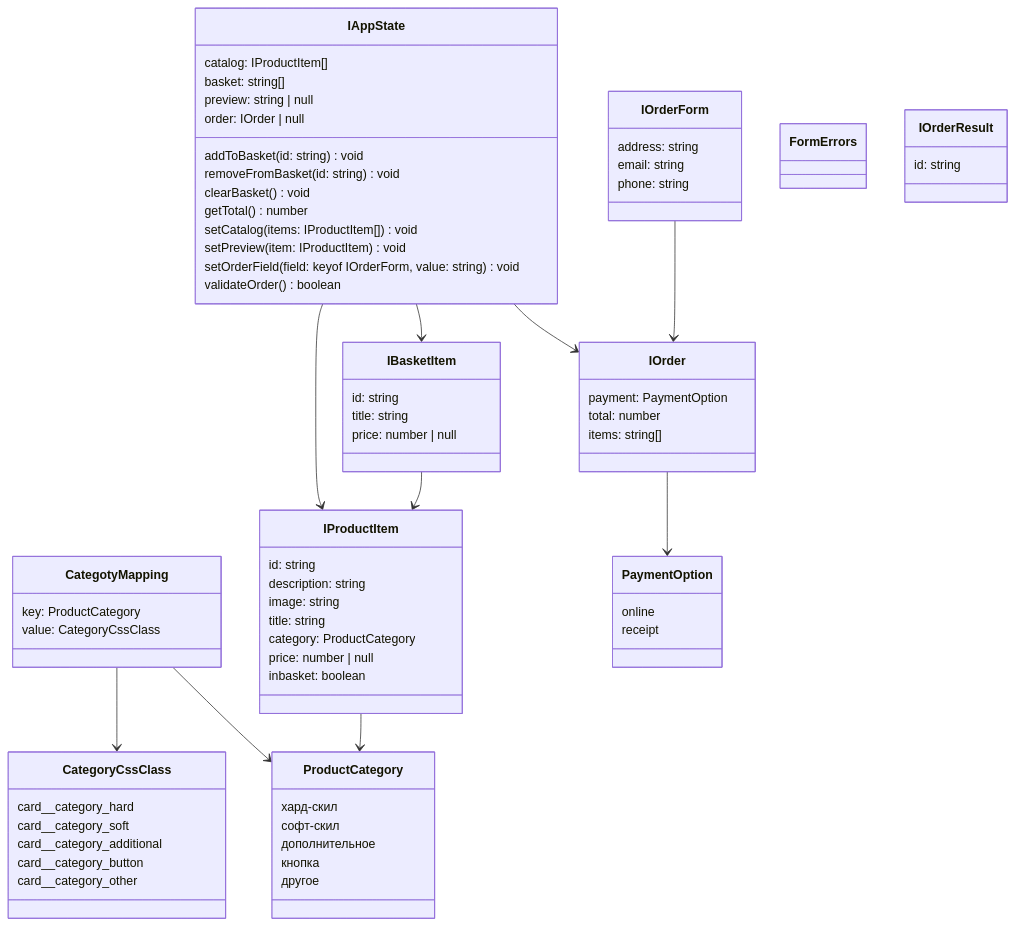
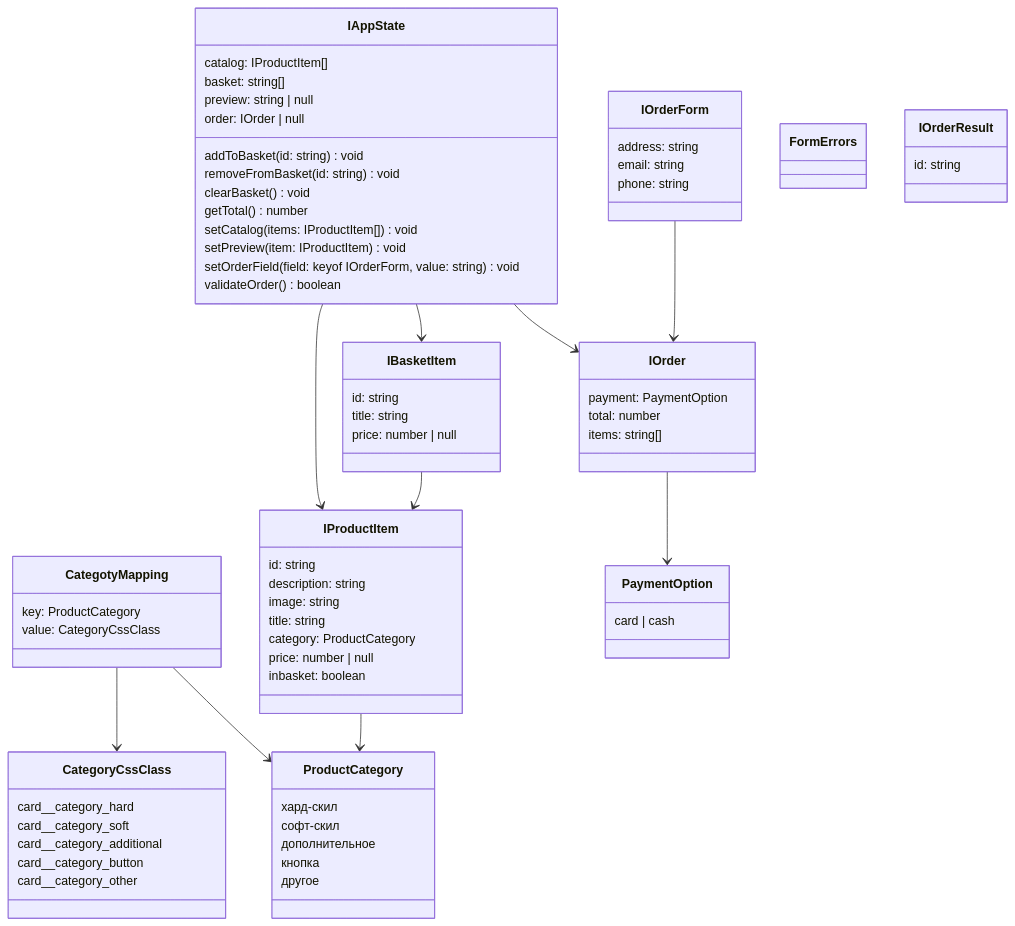
One commit to yurydzal/web-larek-frontend changed the diagram in README.md. Above: the diagram before and after it, drawn with Mermaid. The commit also changed other lines of this file and 7 other files, not shown here.

````diff
--- a/README.md
+++ b/README.md
@@ -47,77 +51,78 @@
 ```mermaid
+
 classDiagram
     CategotyMapping --> CategoryCssClass
     CategotyMapping --> ProductCategory
     IProductItem --> ProductCategory
     IBasketItem --> IProductItem
     IAppState --> IProductItem
     IAppState --> IBasketItem
     IAppState --> IOrder
     IOrderForm --> IOrder
     IOrder --> PaymentOption
     class ProductCategory {
         хард-скил
         софт-скил
         дополнительное
         кнопка
         другое
     }
     class CategoryCssClass {
         card__category_hard
         card__category_soft
         card__category_additional
         card__category_button
         card__category_other
     }
     class CategotyMapping {
         key: ProductCategory
         value: CategoryCssClass
     }
     class IProductItem {
         id: string
         description: string
         image: string
         title: string
         category: ProductCategory
         price: number | null
         inbasket: boolean
     }
     class IBasketItem {
         id: string
         title: string
         price: number | null
     }
     class IAppState {
         catalog: IProductItem[]
         basket: string[]
         preview: string | null
         order: IOrder | null
         addToBasket(id: string) void
         removeFromBasket(id: string) void
         clearBasket() void
         getTotal() number
         setCatalog(items: IProductItem[]) void
         setPreview(item: IProductItem) void
         setOrderField(field: keyof IOrderForm, value: string) void
         validateOrder() boolean
     }
     class PaymentOption {
-        online
-        receipt
+        card | cash
     }
     class IOrderForm {
         address: string
         email: string
         phone: string
     }
     class IOrder {
         payment: PaymentOption
         total: number
         items: string[]
     }
     class FormErrors {
     }
     class IOrderResult {
         id: string
     }
+
 ```
````
